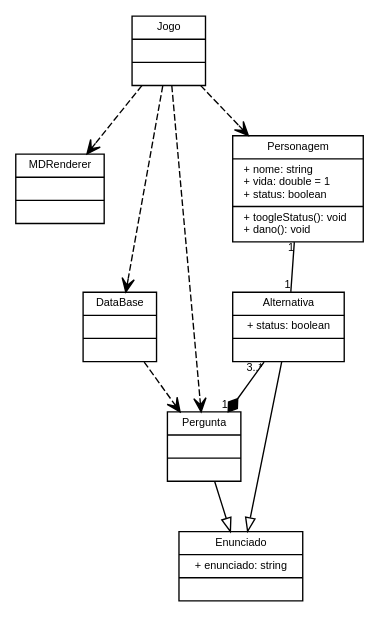
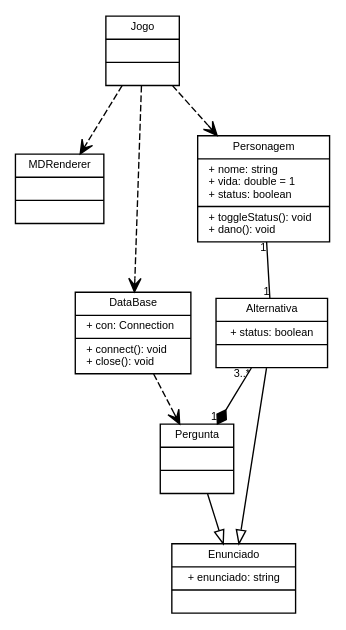
The diagram in img/diagrama-de-classes.dot (melby-md/quizcc), drawn with Graphviz before and after one commit. The commit also changed 7 other files, not shown here.

```diff
--- a/img/diagrama-de-classes.dot
+++ b/img/diagrama-de-classes.dot
@@ -1,41 +1,39 @@
 digraph g {
 	fontname = "Sans-Serif"
 	fontsize = 8
 
 	node [
 		fontname = "Sans-Serif"
 		fontsize = 8
 		shape = "record"
 	]
 
 	edge [
 		fontname = "Sans-Serif"
 		fontsize = 8
 	]
 
 	Jogo [label="{Jogo||}"]
 	MDRenderer [label="{MDRenderer||}"]
-	DataBase [label="{DataBase||}"]
+	DataBase [label="{DataBase|+ con: Connection\l|+ connect(): void\l+ close(): void\l}"]
 
 	Enunciado [label="{Enunciado|+ enunciado: string|}"]
 	Alternativa [label="{Alternativa|+ status: boolean|}"]
 	Pergunta [label="{Pergunta||}"]
 
 	Personagem [
-		label = "{Personagem|+ nome: string\l+ vida: double = 1\l+ status: boolean\l|+ toogleStatus(): void\l+ dano(): void\l}"]
+		label = "{Personagem|+ nome: string\l+ vida: double = 1\l+ status: boolean\l|+ toggleStatus(): void\l+ dano(): void\l}"]
 
 	edge [arrowhead = "empty"]
 	Alternativa -> Enunciado
 	Pergunta -> Enunciado
 
 	Alternativa -> Pergunta [arrowhead="diamond", taillabel="3..*", headlabel="1"]
 
 	Personagem -> Alternativa [arrowhead = "none", taillabel="1", headlabel="1"]
 
 	edge [arrowhead = "open", style="dashed"]
 	Jogo -> MDRenderer
-	Jogo -> DataBase
+	Jogo -> DataBase -> Pergunta
 	Jogo -> Personagem
-	Jogo -> Pergunta
-	DataBase -> Pergunta
 }
```
